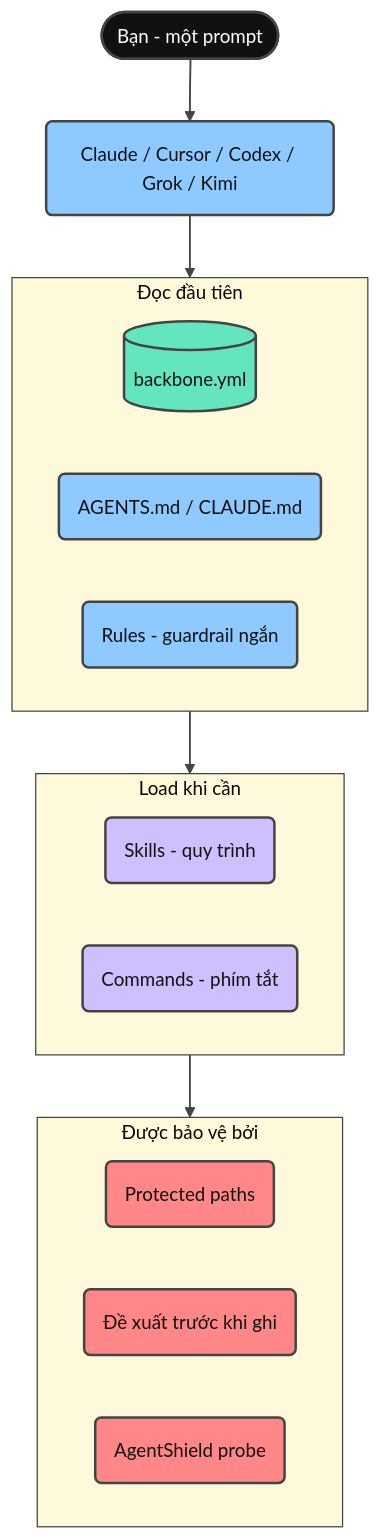
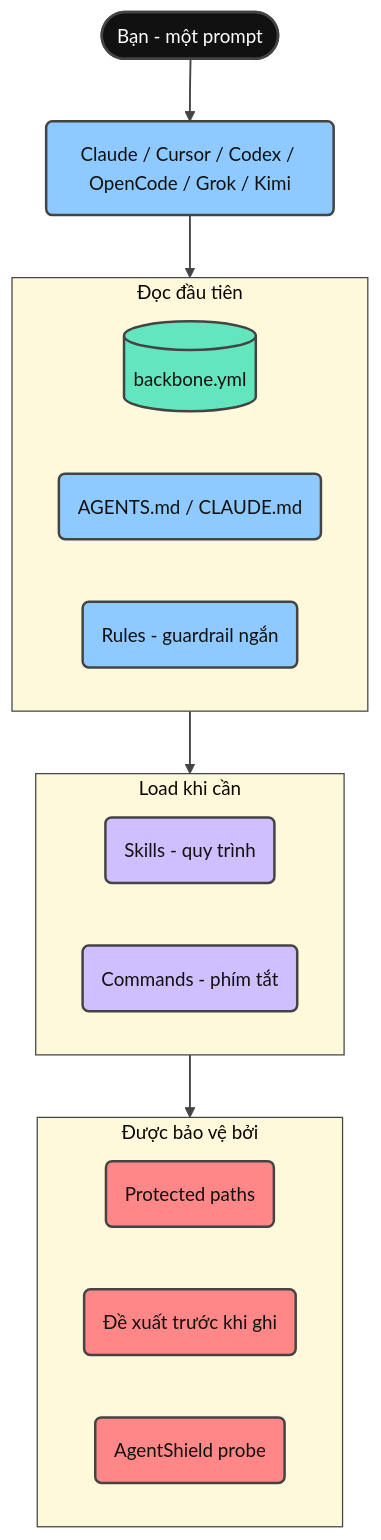
The second of 10 diagrams in docs/README.vi.md (giang6283623/minimal-vibe-coding-kit), drawn with Mermaid before and after one commit. The commit also changed other lines of this file and 68 other files, not shown here.

Commit message:
fix: harden auto mode orchestration and support open code for v0.5.9

````diff
--- a/docs/README.vi.md
+++ b/docs/README.vi.md
@@ -161,51 +163,51 @@
 ```mermaid
 ---
 config:
   theme: base
   themeVariables:
     fontFamily: cascadia mono, consolas, noto sans mono, menlo, monospace
     fontSize: 15px
     lineColor: "#444444"
     textColor: "#111111"
     edgeLabelBackground: "#FFFFFF"
     clusterBkg: "#FFF9DB"
     clusterBorder: "#444444"
 ---
 flowchart TD
-    You([Bạn - một prompt]) --> Agent("Claude / Cursor / Codex / Grok / Kimi")
+    You([Bạn - một prompt]) --> Agent("Claude / Cursor / Codex / OpenCode / Grok / Kimi")
 
     subgraph First["Đọc đầu tiên"]
         Backbone[("backbone.yml")]
         Docs("AGENTS.md / CLAUDE.md")
         Rules("Rules - guardrail ngắn")
     end
 
     subgraph Demand["Load khi cần"]
         Skills("Skills - quy trình")
         Commands("Commands - phím tắt")
     end
 
     subgraph Guard["Được bảo vệ bởi"]
         Protected("Protected paths")
         Propose("Đề xuất trước khi ghi")
         Shield("AgentShield probe")
     end
 
     Agent --> First
     First --> Demand
     Demand --> Guard
 
     classDef terminal fill:#111111,stroke:#444444,stroke-width:2px,color:#FFFFFF
     classDef step fill:#8ECAFF,stroke:#444444,stroke-width:2px,color:#111111
     classDef data fill:#63E6BE,stroke:#444444,stroke-width:2px,color:#111111
     classDef accent fill:#D0BFFF,stroke:#444444,stroke-width:2px,color:#111111
     classDef danger fill:#FF8787,stroke:#444444,stroke-width:2px,color:#111111
     linkStyle default stroke:#444444,stroke-width:1.5px
 
     class You terminal
     class Agent step
     class Backbone data
     class Docs,Rules step
     class Skills,Commands accent
     class Protected,Propose,Shield danger
 ```
````
